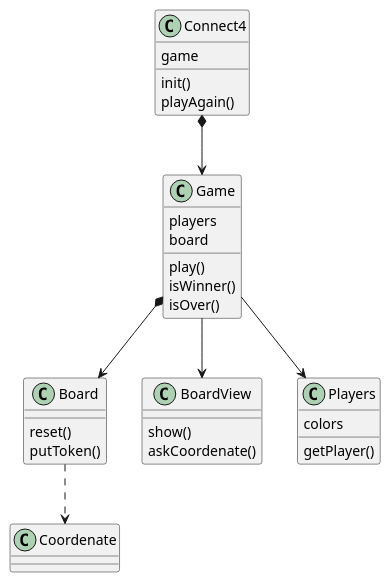
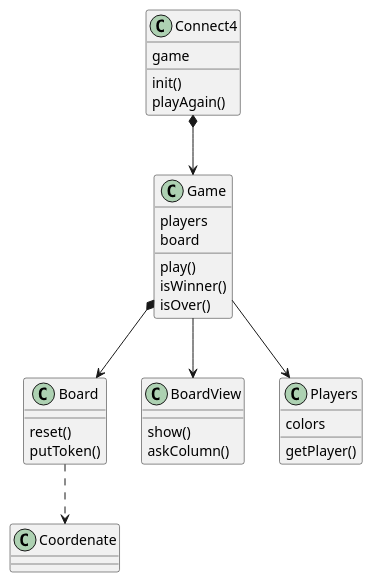
One commit to BernatQI/Master-Programacion-Diseno-Software changed the diagram in Connect4/images/structure-diagrams/classes-diagram.plantuml. Above: the diagram before and after it, drawn with PlantUML.

```diff
--- a/Connect4/images/structure-diagrams/classes-diagram.plantuml
+++ b/Connect4/images/structure-diagrams/classes-diagram.plantuml
@@ -1,40 +1,40 @@
 @startuml "Classes Diagram"
 
 class Connect4 {
   game
 
   init()
   playAgain()
 }
 class Game {
   players
   board
 
   play()
   isWinner()
   isOver()
 }
 class Coordenate {
 
 }
 class Board {
   reset()
   putToken()
 }
 class BoardView {
   show()
-  askCoordenate()
+  askColumn()
 }
 class Players {
   colors
 
   getPlayer()
 }
 
 Connect4 *--> Game
 Game --> Players
 Game *--> Board
 Game --> BoardView
 Board ..> Coordenate
 
 @enduml
```
